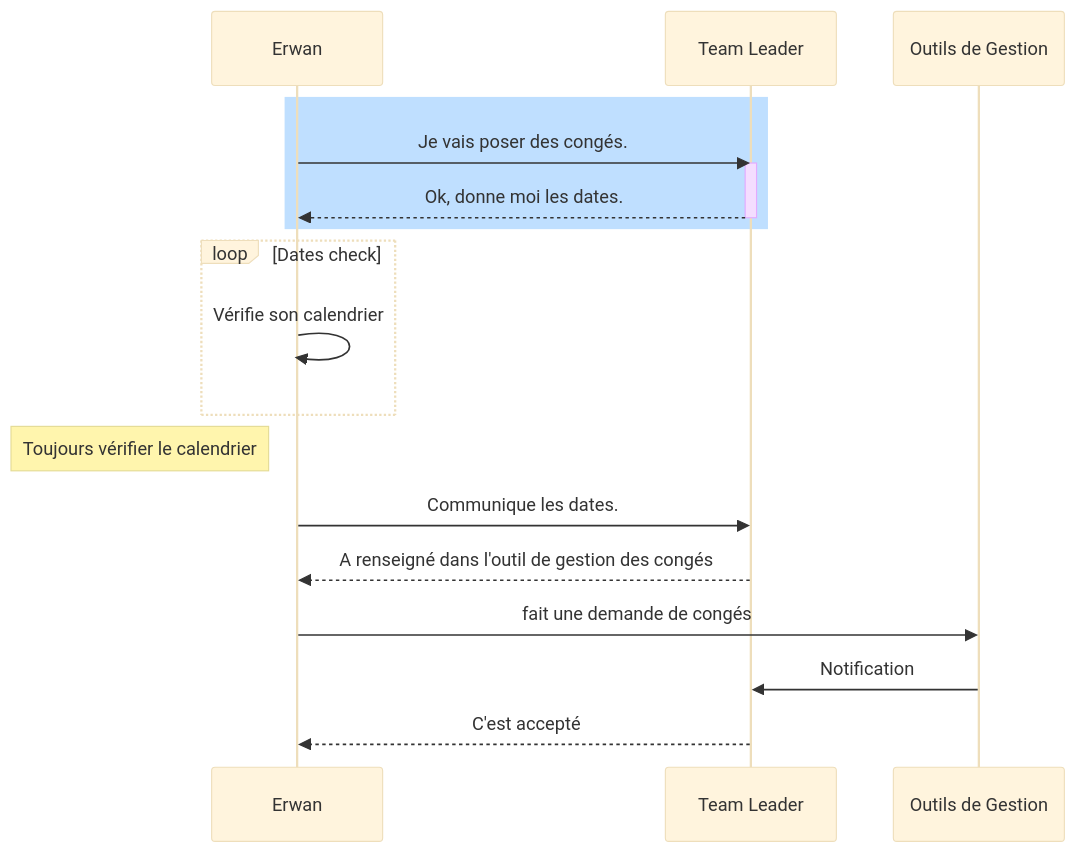
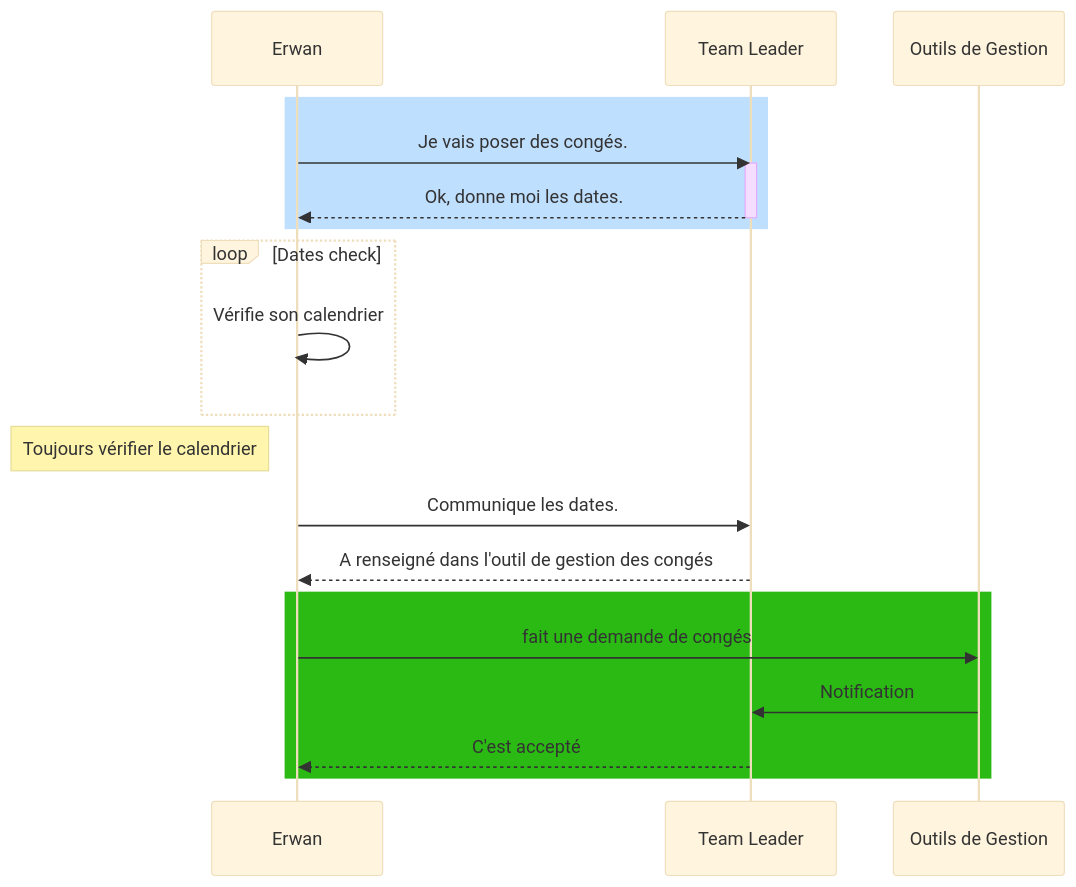
The diagram in sequence/README.md (ErwanLT/mermaidMarkdown), drawn with Mermaid (base theme) before and after one commit.

Commit message:
sequence

````diff
--- a/sequence/README.md
+++ b/sequence/README.md
@@ -2,20 +2,22 @@
 ```mermaid
 sequenceDiagram
     participant Erwan
     participant Team Leader
     rect rgb(191, 223, 255)
         Erwan ->> Team Leader: Je vais poser des congés.
         activate Team Leader
         Team Leader -->> Erwan: Ok, donne moi les dates.
         deactivate Team Leader
     end
     loop Dates check
         Erwan ->> Erwan: Vérifie son calendrier
     end
     Note Left of Erwan : Toujours vérifier le calendrier
     Erwan->>Team Leader: Communique les dates.
     Team Leader -->> Erwan : A renseigné dans l'outil de gestion des congés
-    Erwan ->> Outils de Gestion : fait une demande de congés
-    Outils de Gestion ->> Team Leader : Notification
-    Team Leader -->> Erwan : C'est accepté
+    rect rgb(43, 186, 20)
+        Erwan ->> Outils de Gestion : fait une demande de congés
+        Outils de Gestion ->> Team Leader : Notification
+        Team Leader -->> Erwan : C'est accepté
+    end
 ```
````
